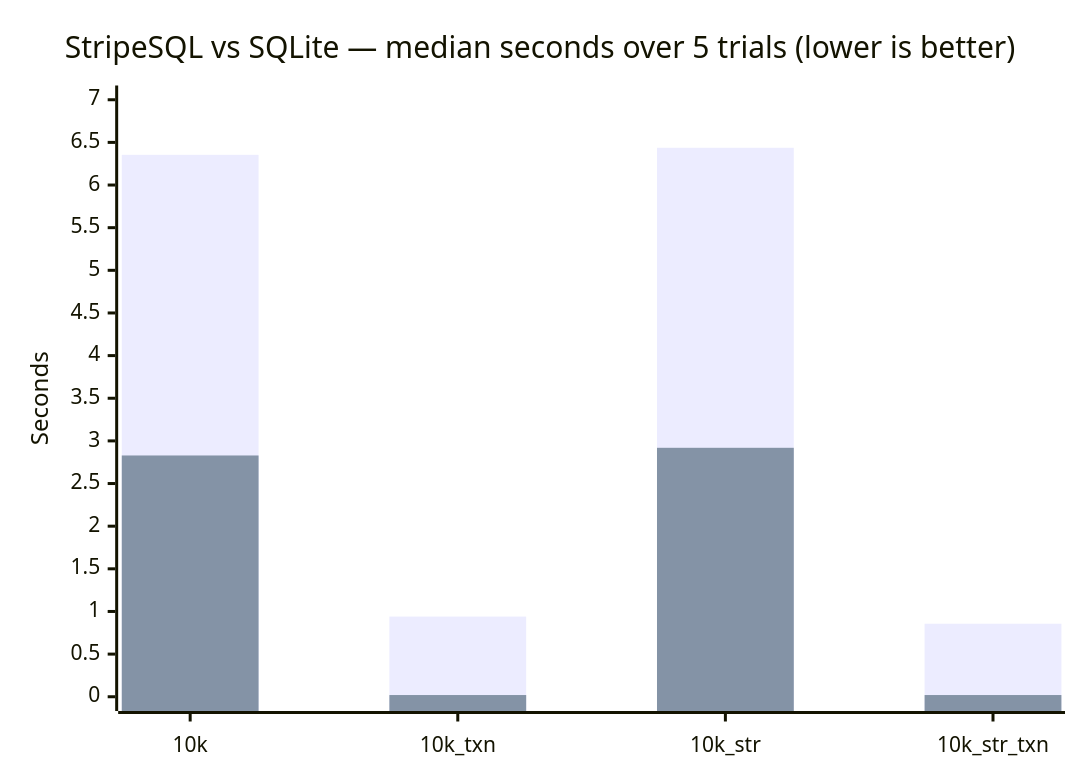
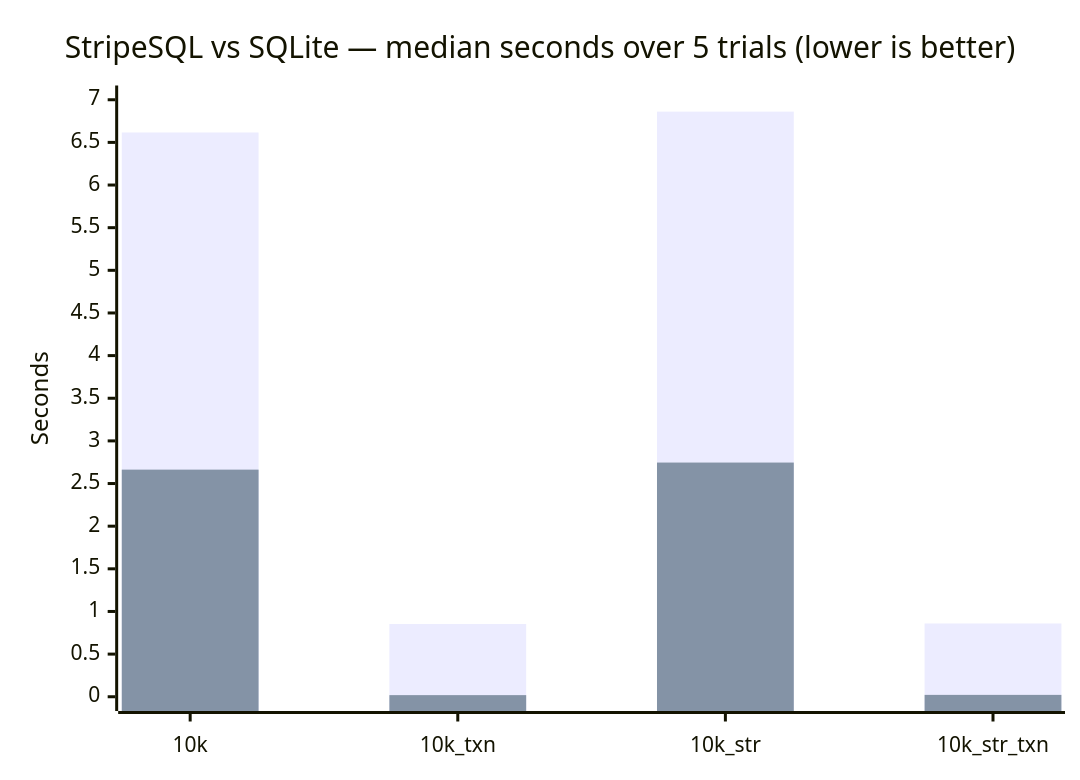
The diagram in README.md (ekothavale/StripeSQL), drawn with Mermaid before and after one commit. The commit also changed other lines of this file, not shown here.

````diff
--- a/README.md
+++ b/README.md
@@ -284,8 +286,8 @@
 ```mermaid
 xychart-beta
     title "StripeSQL vs SQLite — median seconds over 5 trials (lower is better)"
     x-axis ["10k", "10k_txn", "10k_str", "10k_str_txn"]
     y-axis "Seconds" 0 --> 7
-    bar "StripeSQL" [6.354, 0.940, 6.437, 0.856]
-    bar "SQLite" [2.829, 0.020, 2.919, 0.020]
+    bar "StripeSQL" [6.616, 0.853, 6.861, 0.859]
+    bar "SQLite" [2.663, 0.019, 2.746, 0.022]
 ```
````
